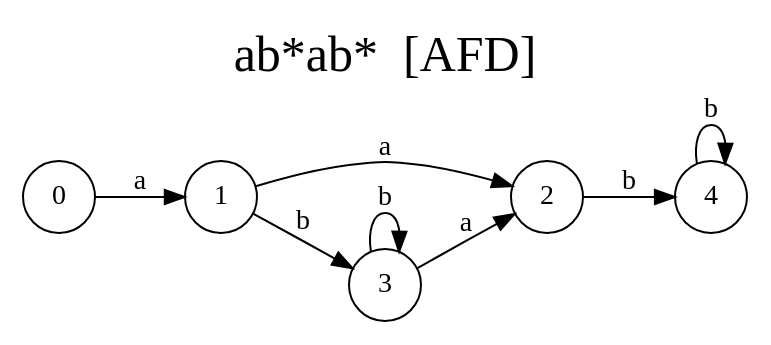
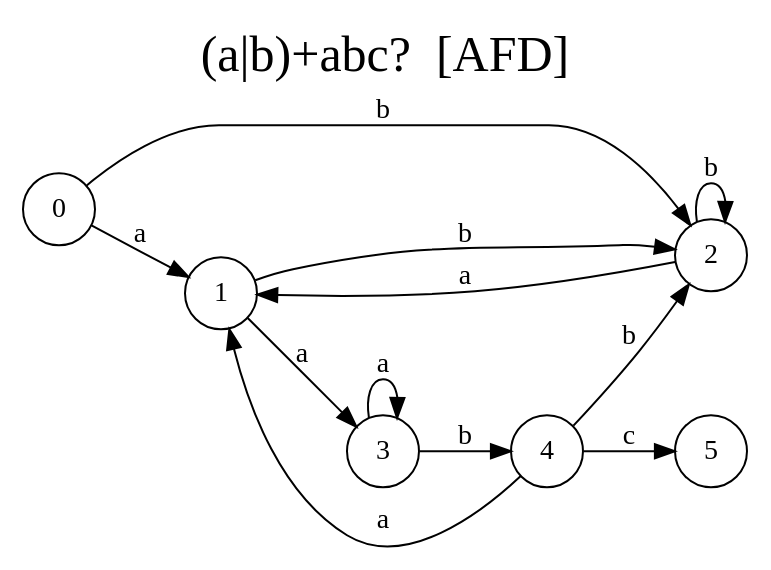
Before and after one commit to CrisLayB/ProgrammingLanguageDesign: the diagram in docs/automataAFD.dot, drawn with Graphviz. The commit also changed 10 other files, not shown here.

```diff
--- a/docs/automataAFD.dot
+++ b/docs/automataAFD.dot
@@ -1,18 +1,22 @@
 digraph "Resultado Automata AFD" {
-	label = "ab*ab*  [AFD]"
+	label = "(a|b)+abc?  [AFD]"
 	labelloc  =  t
 	fontsize  = 25
 	rankdir=LR size="8,5"
 	node [shape=doublecircle]
 	node [shape=circle]
 	0
 	node [shape=none]
 	node [shape=circle]
 	0 -> 1[label="a"]
-	1 -> 2[label="a"]
-	1 -> 3[label="b"]
-	3 -> 2[label="a"]
-	3 -> 3[label="b"]
-	2 -> 4[label="b"]
-	4 -> 4[label="b"]
+	0 -> 2[label="b"]
+	2 -> 1[label="a"]
+	2 -> 2[label="b"]
+	1 -> 3[label="a"]
+	1 -> 2[label="b"]
+	3 -> 3[label="a"]
+	3 -> 4[label="b"]
+	4 -> 1[label="a"]
+	4 -> 2[label="b"]
+	4 -> 5[label="c"]
 }
```
